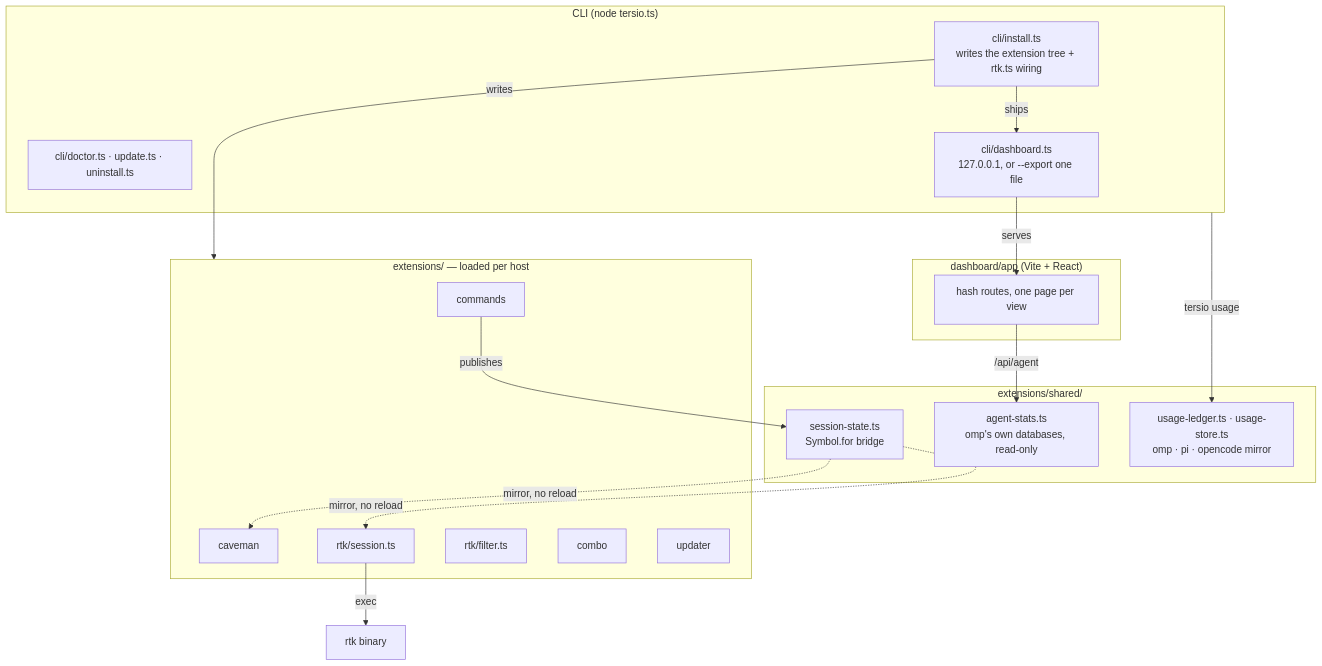
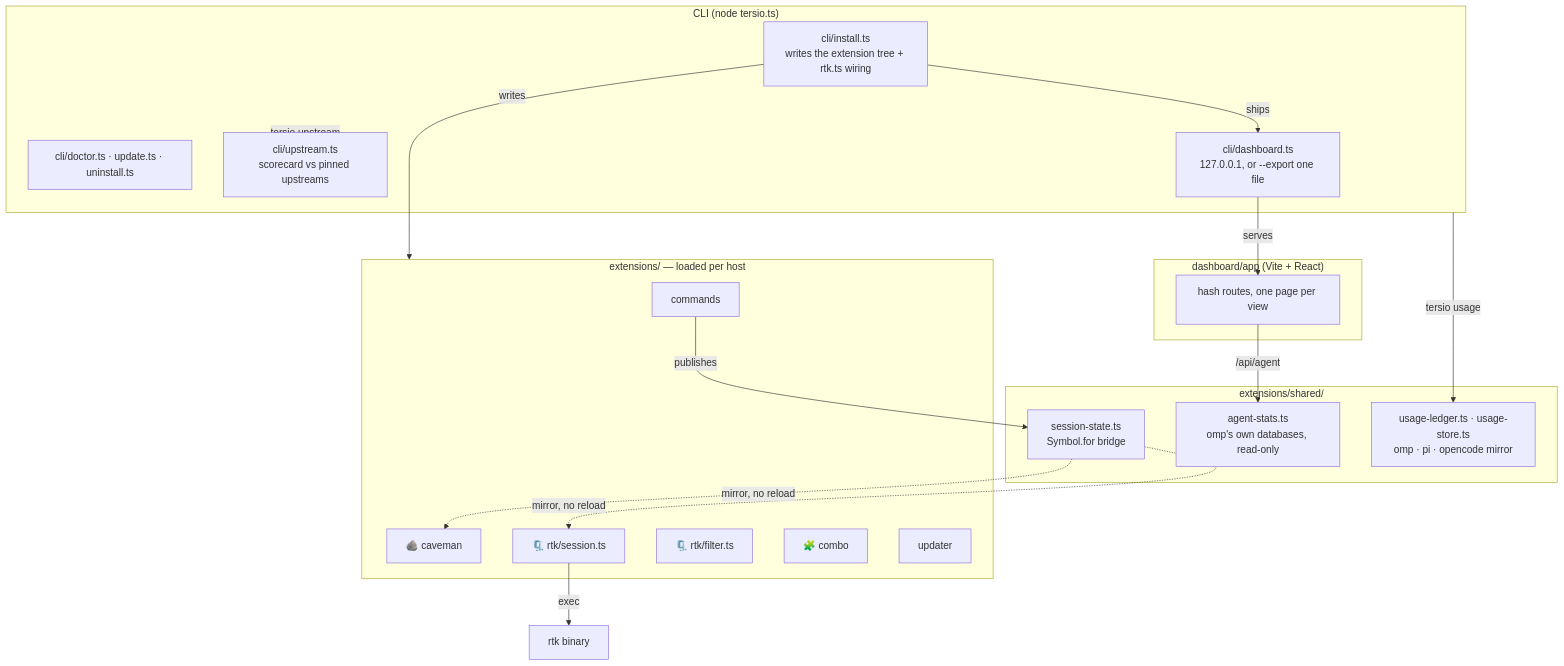
Before and after one commit to FrancoStino/tersio: the first of 5 diagrams in docs/ARCHITECTURE.md, drawn with Mermaid. The commit also changed other lines of this file and 3 other files, not shown here.

````diff
--- a/docs/ARCHITECTURE.md
+++ b/docs/ARCHITECTURE.md
@@ -7,33 +7,35 @@
 ```mermaid
 flowchart TB
   subgraph CLI["CLI (node tersio.ts)"]
     INST["cli/install.ts<br/>writes the extension tree + rtk.ts wiring"]
     DOC["cli/doctor.ts · update.ts · uninstall.ts"]
+    UP["cli/upstream.ts<br/>scorecard vs pinned upstreams"]
     SRV["cli/dashboard.ts<br/>127.0.0.1, or --export one file"]
   end
   subgraph APP["dashboard/app (Vite + React)"]
     UI["hash routes, one page per view"]
   end
   subgraph MODES["extensions/ — loaded per host"]
-    CAV["caveman"]
-    RTK["rtk/session.ts"]
-    RFIL["rtk/filter.ts"]
-    COMBO["combo"]
+    CAV["🪨 caveman"]
+    RTK["🗜️ rtk/session.ts"]
+    RFIL["🗜️ rtk/filter.ts"]
+    COMBO["🧩 combo"]
     TCMD["commands"]
     UPD["updater"]
   end
   subgraph SHARED["extensions/shared/"]
     SS["session-state.ts<br/>Symbol.for bridge"]
     ASTS["agent-stats.ts<br/>omp's own databases, read-only"]
     LED["usage-ledger.ts · usage-store.ts<br/>omp · pi · opencode mirror"]
   end
 
   INST -->|writes| MODES
   INST -->|ships| SRV
   SRV -->|serves| UI
   UI -->|"/api/agent"| ASTS
   CLI -->|"tersio usage"| LED
+  CLI -->|"tersio upstream"| UP
   TCMD -->|publishes| SS
   SS -.->|"mirror, no reload"| CAV & RTK
   RTK -->|exec| BIN["rtk binary"]
 ```
````
